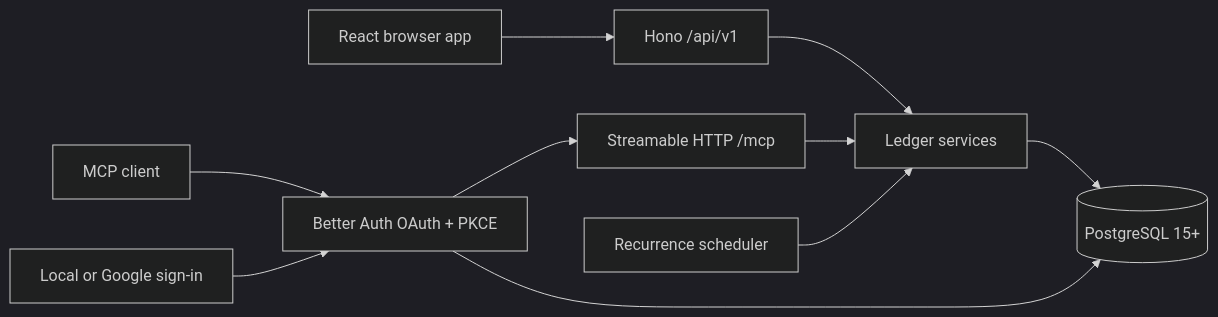
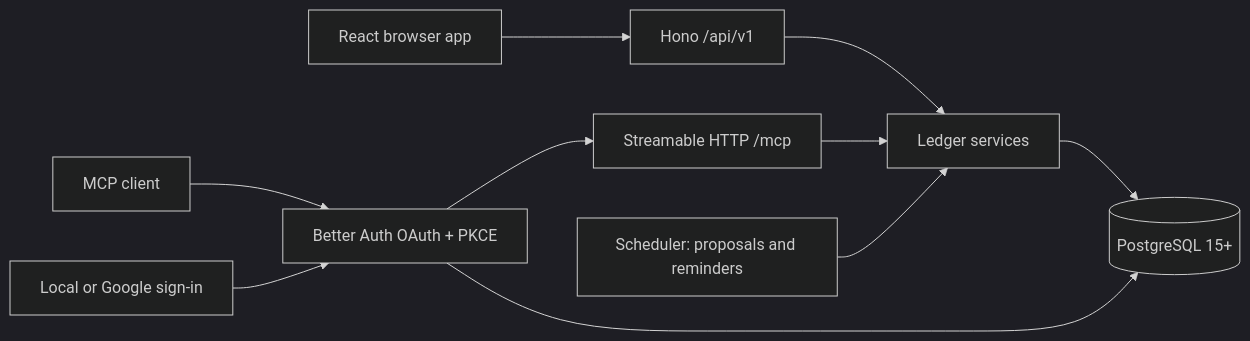
One commit to thtmnisamnstr/simple-balance changed the diagram in docs/architecture.md. Above: the diagram before and after it, drawn with Mermaid (dark theme). The commit also changed other lines of this file and 6 other files, not shown here.

````diff
--- a/docs/architecture.md
+++ b/docs/architecture.md
@@ -8,12 +8,12 @@
 ```mermaid
 flowchart LR
   Browser["React browser app"] --> API["Hono /api/v1"]
   Agent["MCP client"] --> OAuth["Better Auth OAuth + PKCE"]
   OAuth --> MCP["Streamable HTTP /mcp"]
   API --> Services["Ledger services"]
   MCP --> Services
-  Scheduler["Recurrence scheduler"] --> Services
+  Scheduler["Scheduler: proposals and reminders"] --> Services
   Services --> DB[("PostgreSQL 15+")]
   Auth["Local or Google sign-in"] --> OAuth
   OAuth --> DB
 ```
````
